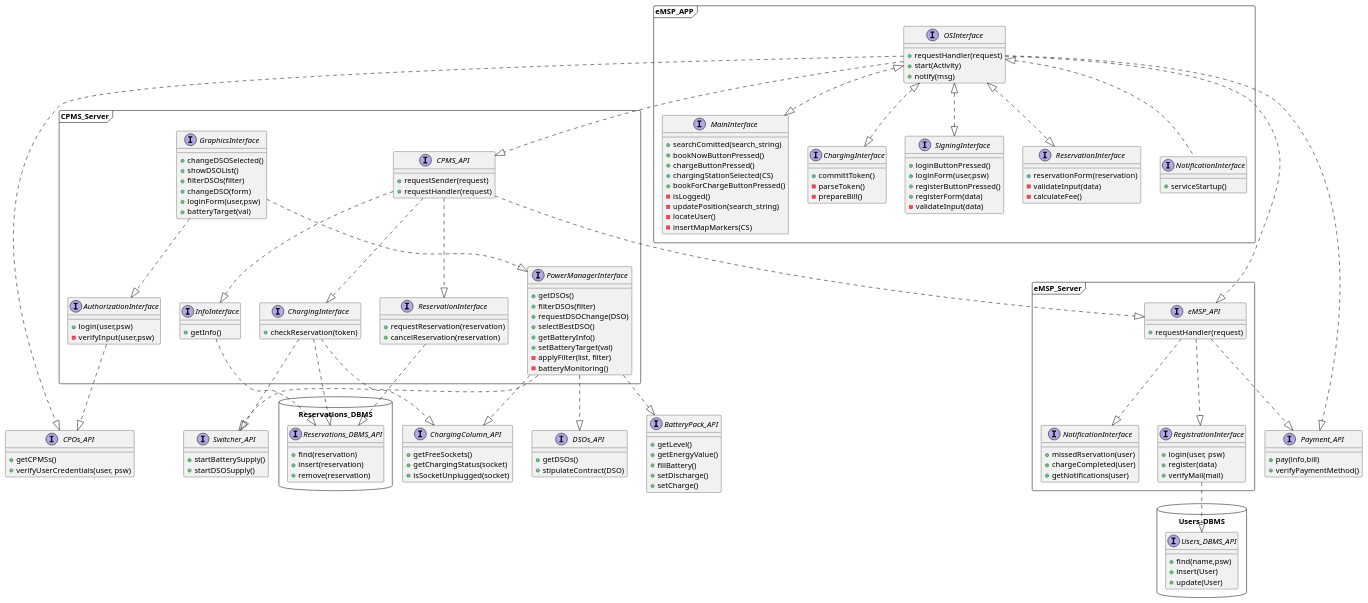
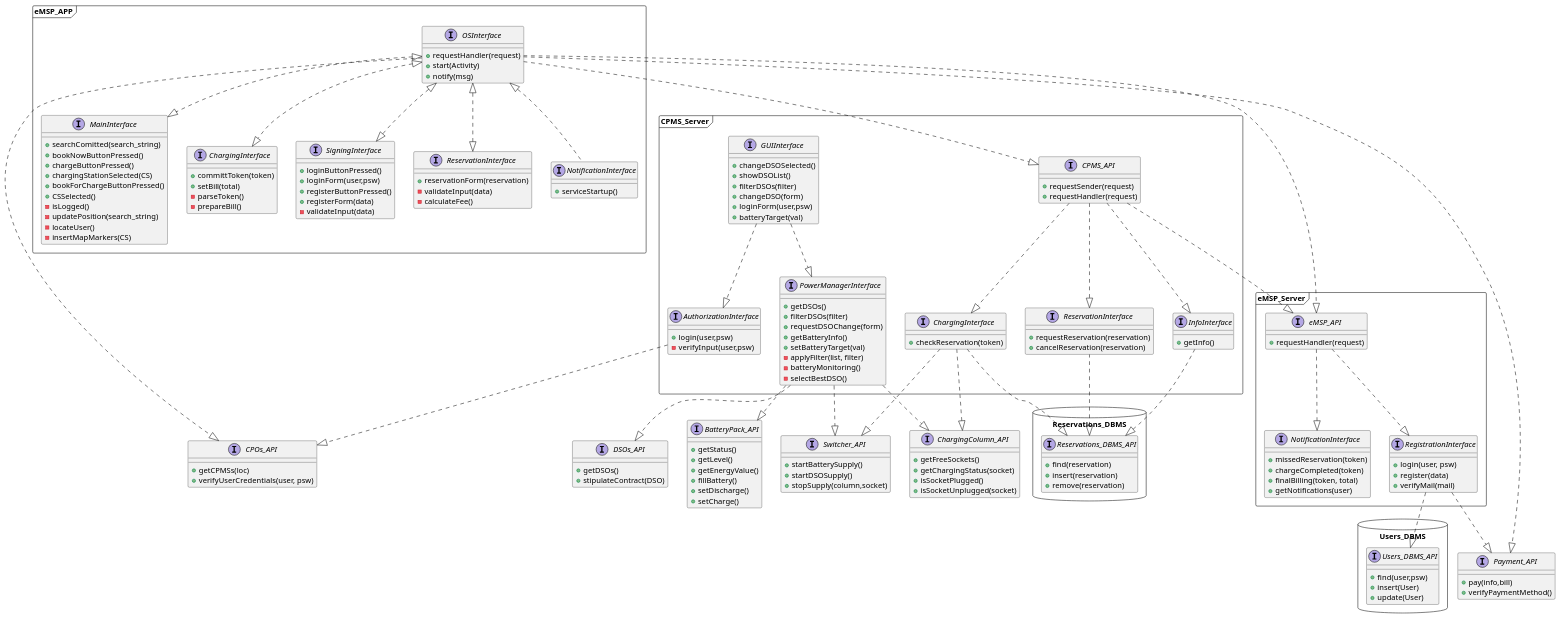
The diagram in DD/class/Class diagram.wsd (RiccardoBravin/BravinFeltrin), drawn with PlantUML before and after one commit. The commit also changed 23 other files, not shown here.

```diff
--- a/DD/class/Class diagram.wsd
+++ b/DD/class/Class diagram.wsd
@@ -1,4 +1,5 @@
 @startuml Complete diagram
+
 
 namespace eMSP_APP <<frame>>{
    	interface OSInterface{
@@ -13,6 +14,7 @@
 		+ chargeButtonPressed()
 		+ chargingStationSelected(CS)
 		+ bookForChargeButtonPressed()
+		+ CSSelected()
 		- isLogged()
 		- updatePosition(search_string)
 		- locateUser()
@@ -20,7 +22,8 @@
 	}	
 
 	interface ChargingInterface{
-		+ committToken()
+		+ committToken(token)
+		+ setBill(total)
 		- parseToken()
 		- prepareBill()
 	}
@@ -65,8 +68,9 @@
 	}	
 
 	interface NotificationInterface{
-		+ missedRservation(user)
-		+ chargeCompleted(user)
+		+ missedReservation(token)
+		+ chargeCompleted(token)
+		+ finalBilling(token, total)
 		+ getNotifications(user)
 	}
 
@@ -84,7 +88,7 @@
 		+ requestHandler(request)
    	}
 
-	interface GraphicsInterface{
+	interface GUIInterface{
 		+ changeDSOSelected()
 		+ showDSOList()
 		+ filterDSOs(filter)
@@ -97,13 +101,12 @@
    	interface PowerManagerInterface{
 		+ getDSOs()
 		+ filterDSOs(filter)
-		+ requestDSOChange(DSO)
-		+ selectBestDSO()		
+		+ requestDSOChange(form)	
 		+ getBatteryInfo()
 		+ setBatteryTarget(val)
 		- applyFilter(list, filter)
 		- batteryMonitoring()
-
+		- selectBestDSO()
 	}	
 
 	interface ReservationInterface{
@@ -133,8 +136,8 @@
 	CPMS_API..|>ChargingInterface
 	
 
-	GraphicsInterface..|>PowerManagerInterface
-	GraphicsInterface..|>AuthorizationInterface
+	GUIInterface..|>PowerManagerInterface
+	GUIInterface..|>AuthorizationInterface
 
 
 
@@ -143,7 +146,7 @@
 
 package Users_DBMS <<Database>>{
 		interface Users_DBMS_API{
-			+ find(name,psw)
+			+ find(user,psw)
 			+ insert(User)
 			+ update(User)
 		}
@@ -159,7 +162,7 @@
 }
 
 interface CPOs_API{
-	+ getCPMSs() 
+	+ getCPMSs(loc) 
 	+ verifyUserCredentials(user, psw)
 }
 
@@ -176,10 +179,12 @@
 interface ChargingColumn_API{
 	+ getFreeSockets()
 	+ getChargingStatus(socket)
+	+ isSocketPlugged()
 	+ isSocketUnplugged(socket)
 }
 
 interface BatteryPack_API{
+	+ getStatus()
 	+ getLevel()
 	+ getEnergyValue()
 	+ fillBattery()
@@ -190,6 +195,7 @@
 interface Switcher_API{
 	+ startBatterySupply()
 	+ startDSOSupply()
+	+ stopSupply(column,socket)
 }
 
 
@@ -200,7 +206,7 @@
 
 
 eMSP_Server.RegistrationInterface..|>Users_DBMS_API
-eMSP_Server.eMSP_API..|>Payment_API
+eMSP_Server.RegistrationInterface..|>Payment_API
 
 CPMS_Server.CPMS_API..|>eMSP_Server.eMSP_API
 
@@ -215,12 +221,8 @@
 CPMS_Server.ChargingInterface..|>Switcher_API
 CPMS_Server.ChargingInterface..|>Reservations_DBMS_API
 
-CPMS_Server.ReservationInterface..|>Reservations_DBMS_API
+CPMS_Server.ReservationInterface..l|>Reservations_DBMS_API
 
 CPMS_Server.AuthorizationInterface..|>CPOs_API
 
-
-
-
-
 @enduml
```
